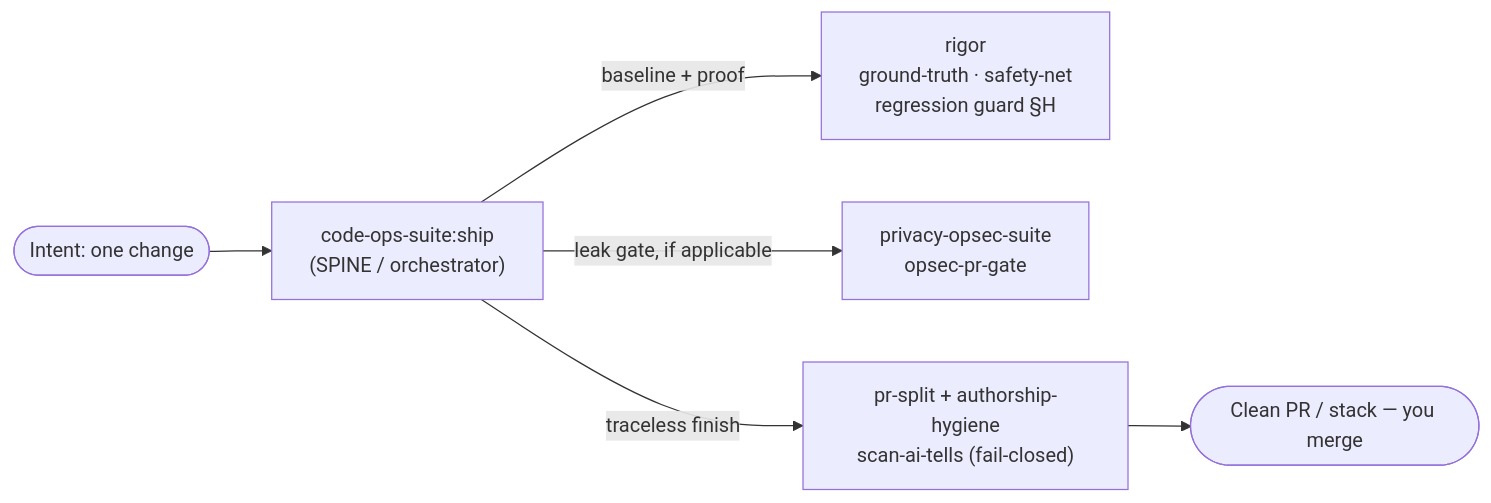
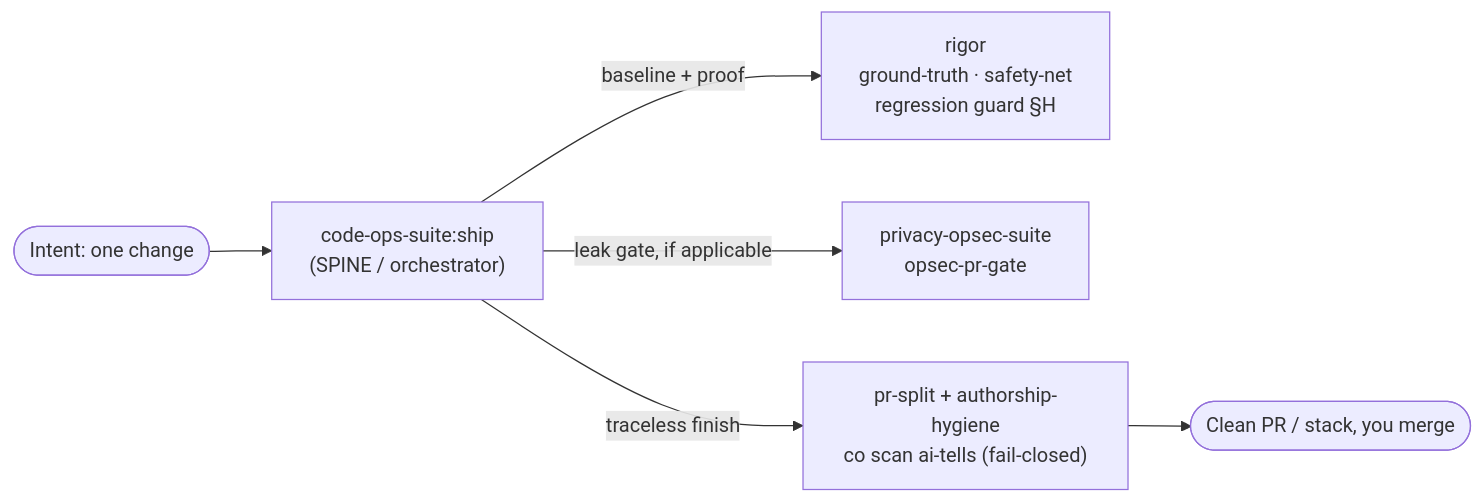
One commit to skylarsabo/code-ops changed the diagram in code-ops-docs/70 Guides/ship-a-verified-fix.md. Above: the diagram before and after it, drawn with Mermaid. The commit also changed other lines of this file and 56 other files, not shown here.

````diff
--- a/code-ops-docs/70 Guides/ship-a-verified-fix.md
+++ b/code-ops-docs/70 Guides/ship-a-verified-fix.md
@@ -122,8 +200,8 @@
 ```mermaid
 flowchart LR
   intent([Intent: one change]) --> ship["code-ops-suite:ship<br/>(SPINE / orchestrator)"]
   ship -->|baseline + proof| rigor["rigor<br/>ground-truth · safety-net<br/>regression guard §H"]
   ship -->|leak gate, if applicable| opsec["privacy-opsec-suite<br/>opsec-pr-gate"]
-  ship -->|traceless finish| finish["pr-split + authorship-hygiene<br/>scan-ai-tells (fail-closed)"]
-  finish --> pr([Clean PR / stack — you merge])
+  ship -->|traceless finish| finish["pr-split + authorship-hygiene<br/>co scan ai-tells (fail-closed)"]
+  finish --> pr([Clean PR / stack, you merge])
 ```
````
